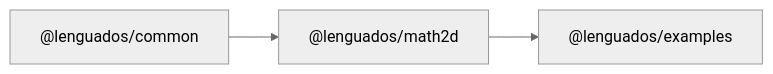
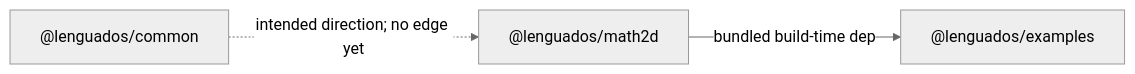
Before and after one commit to rndelpuerto/lenguados: the diagram in ARCHITECTURE.md, drawn with Mermaid (neutral theme). The commit also changed other lines of this file and 269 other files, not shown here.

````diff
--- a/ARCHITECTURE.md
+++ b/ARCHITECTURE.md
@@ -19,4 +19,5 @@
 ```mermaid
 graph LR
- common["@lenguados/common"] --> math2d["@lenguados/math2d"] --> examples["@lenguados/examples"]
+ math2d["@lenguados/math2d"] -->|bundled build-time dep| examples["@lenguados/examples"]
+ common["@lenguados/common"] -.->|intended direction; no edge yet| math2d
 ```
````
